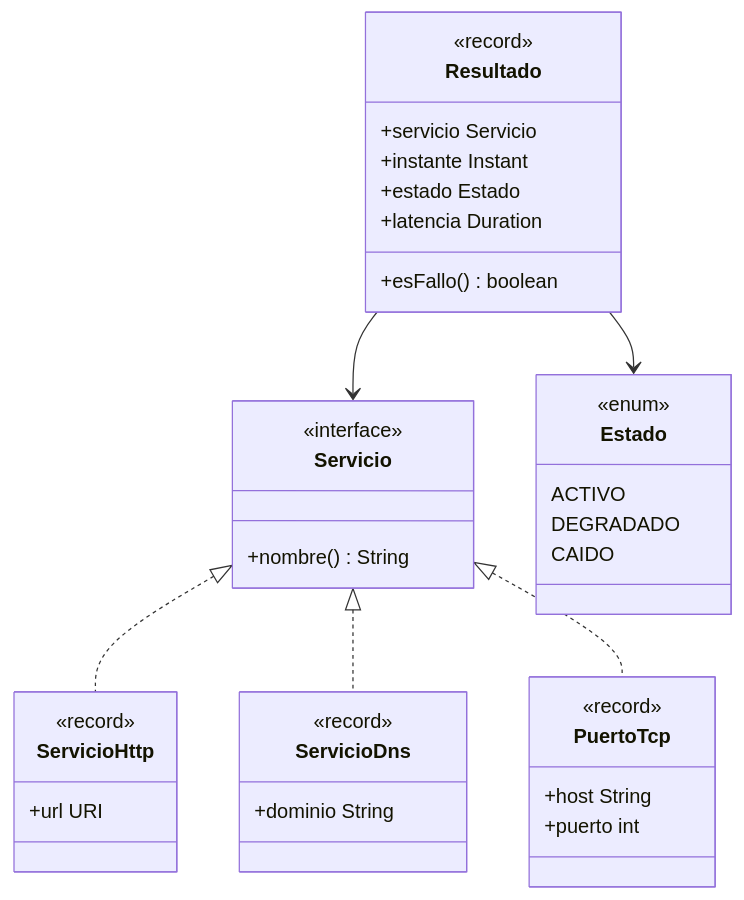
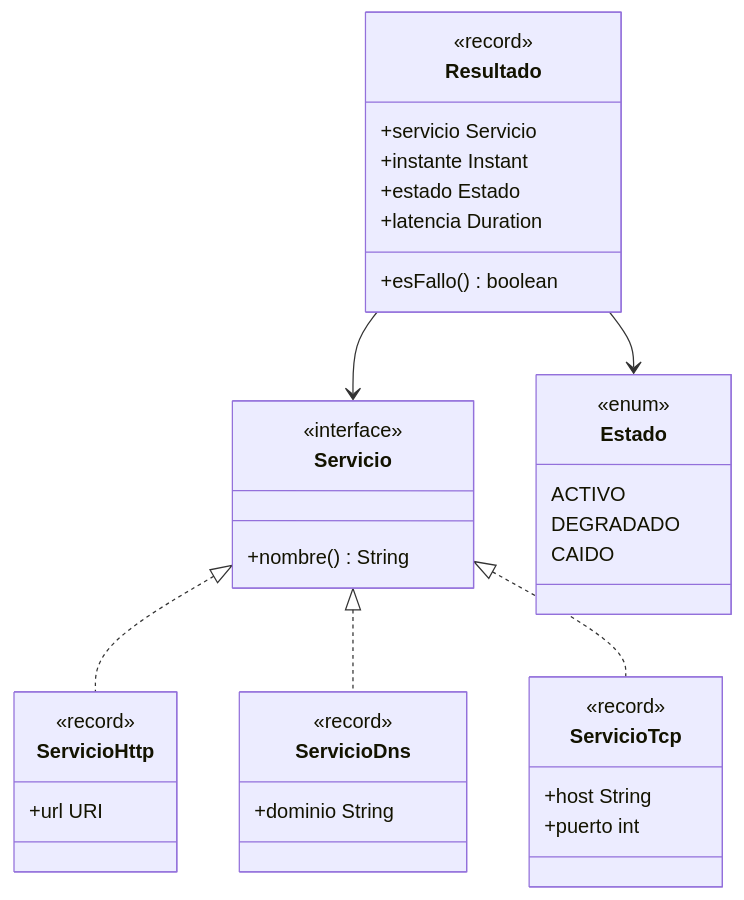
One commit to UIB-22354-Programacion-Avanzada/website changed the third of 9 diagrams in es/contenido/tema1.qmd. Above: the diagram before and after it, drawn with Mermaid. The commit also changed other lines of this file and 2 other files, not shown here.

````diff
--- a/es/contenido/tema1.qmd
+++ b/es/contenido/tema1.qmd
@@ -1319,39 +1359,39 @@
 ```{mermaid}
 classDiagram
     class Servicio {
         <<interface>>
         +nombre() String
     }
     class ServicioHttp {
         <<record>>
         +url URI
     }
     class ServicioDns {
         <<record>>
         +dominio String
     }
-    class PuertoTcp {
+    class ServicioTcp {
         <<record>>
         +host String
         +puerto int
     }
     class Estado {
         <<enum>>
         ACTIVO
         DEGRADADO
         CAIDO
     }
     class Resultado {
         <<record>>
         +servicio Servicio
         +instante Instant
         +estado Estado
         +latencia Duration
         +esFallo() boolean
     }
     Servicio <|.. ServicioHttp
     Servicio <|.. ServicioDns
-    Servicio <|.. PuertoTcp
+    Servicio <|.. ServicioTcp
     Resultado --> Servicio
     Resultado --> Estado
 ```
````
